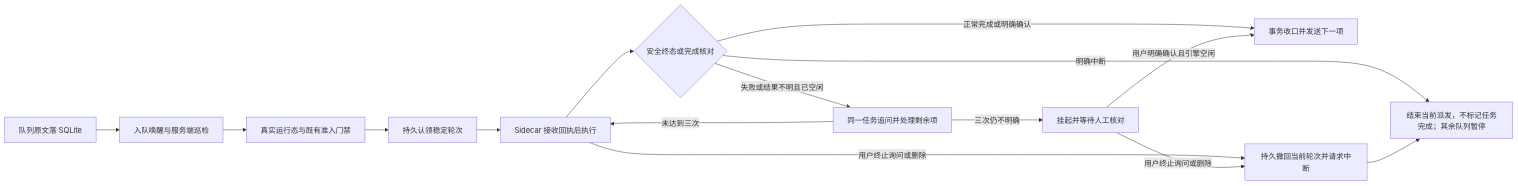
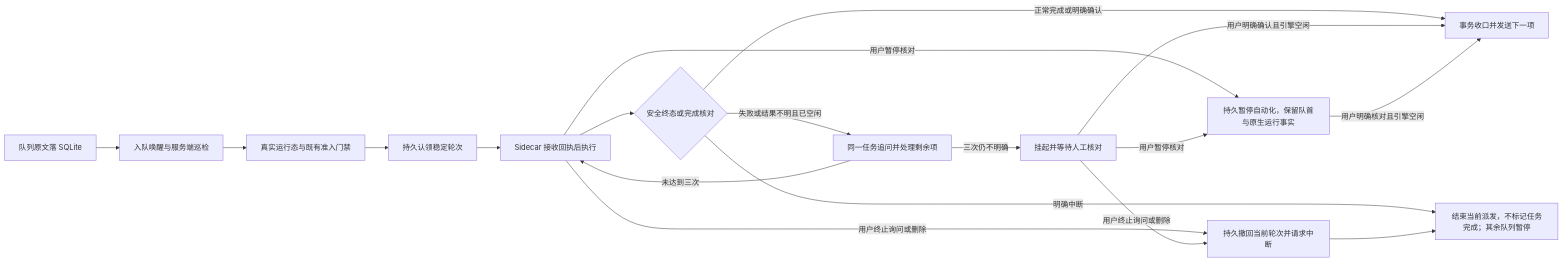
Before and after one commit to exception-coder/kai-toolbox: diagram 35 of 45 in docs/ai-coding-architecture.md, drawn with Mermaid. The commit also changed other lines of this file and 24 other files, not shown here.

````diff
--- a/docs/ai-coding-architecture.md
+++ b/docs/ai-coding-architecture.md
@@ -929,17 +929,20 @@
 ```mermaid
 flowchart LR
     SAVE[队列原文落 SQLite] --> WAKE[入队唤醒与服务端巡检]
     WAKE --> GATE[真实运行态与既有准入门禁]
     GATE --> CLAIM[持久认领稳定轮次]
     CLAIM --> RECEIPT[Sidecar 接收回执后执行]
     RECEIPT --> DONE{安全终态或完成核对}
     DONE -->|正常完成或明确确认| NEXT[事务收口并发送下一项]
     DONE -->|明确中断| CANCEL[结束当前派发，不标记任务完成；其余队列暂停]
     DONE -->|失败或结果不明且已空闲| ASK[同一任务追问并处理剩余项]
     ASK -->|未达到三次| RECEIPT
     ASK -->|三次仍不明确| HOLD[挂起并等待人工核对]
     HOLD -->|用户明确确认且引擎空闲| NEXT
     RECEIPT -->|用户终止询问或删除| USER_CANCEL[持久撤回当前轮次并请求中断]
     HOLD -->|用户终止询问或删除| USER_CANCEL
     USER_CANCEL --> CANCEL
+    RECEIPT -->|用户暂停核对| USER_PAUSE[持久暂停自动化，保留队首与原生运行事实]
+    HOLD -->|用户暂停核对| USER_PAUSE
+    USER_PAUSE -->|用户明确核对且引擎空闲| NEXT
 ```
````
